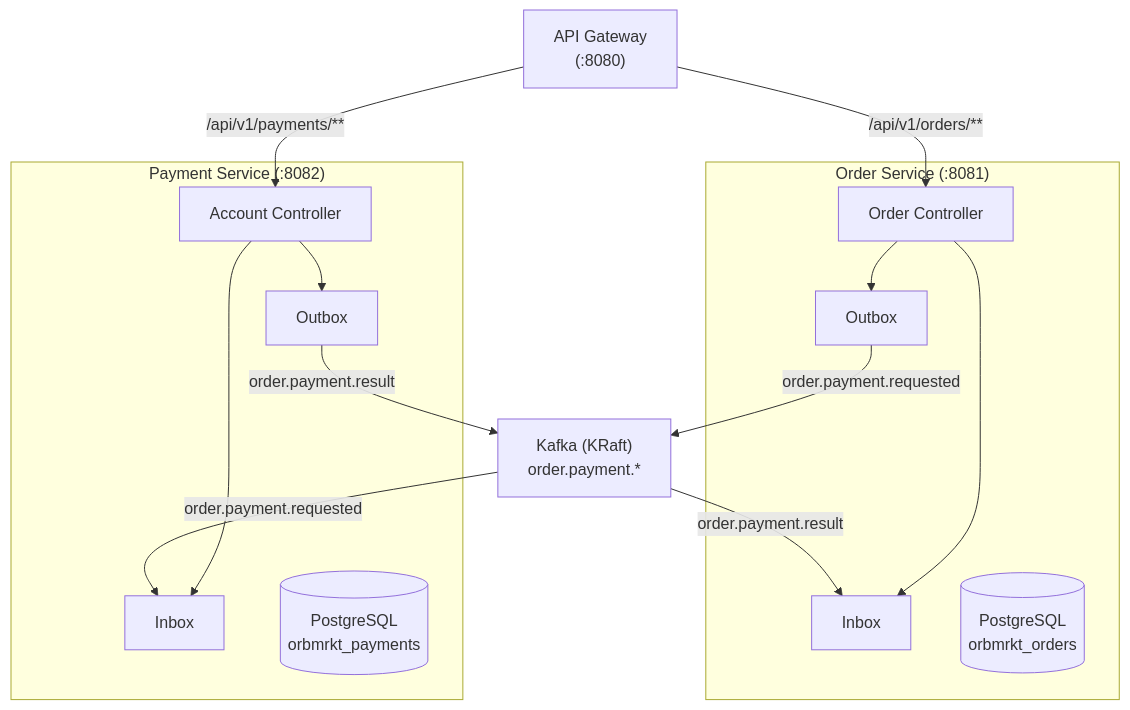
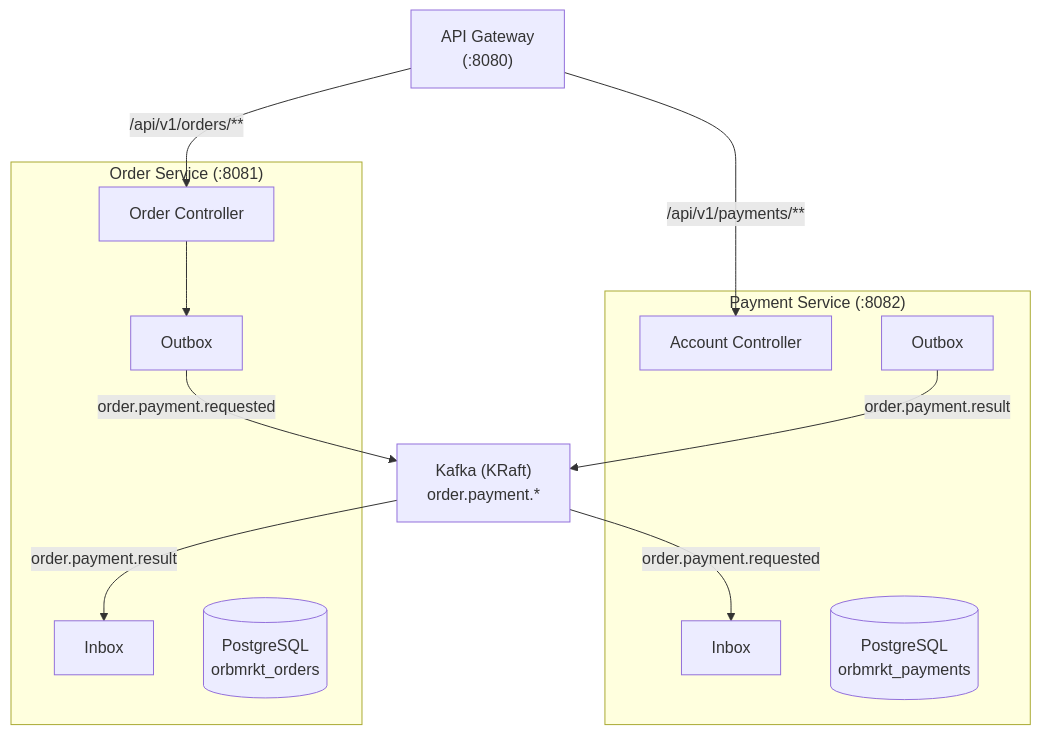
The diagram in README.md (RasmuS2024/orbmrkt), drawn with Mermaid before and after one commit. The commit also changed other lines of this file and 2 other files, not shown here.

Commit message:
Fixed errors on diagram in Readme, fixed CI config

````diff
--- a/README.md
+++ b/README.md
@@ -30,31 +32,28 @@
 ```mermaid
 graph TB
     GW["API Gateway<br/>(:8080)"]
 
     subgraph OS["Order Service (:8081)"]
         OCtrl["Order Controller"]
         OOutbox["Outbox"]
         OInbox["Inbox"]
         ODB[("PostgreSQL<br/>orbmrkt_orders")]
     end
 
     subgraph PS["Payment Service (:8082)"]
         PCtrl["Account Controller"]
         POutbox["Outbox"]
         PInbox["Inbox"]
         PDB[("PostgreSQL<br/>orbmrkt_payments")]
     end
 
     K["Kafka (KRaft)<br/>order.payment.*"]
 
     GW -->|"/api/v1/orders/**"| OCtrl
     GW -->|"/api/v1/payments/**"| PCtrl
     OOutbox -->|"order.payment.requested"| K
     K -->|"order.payment.requested"| PInbox
     POutbox -->|"order.payment.result"| K
     K -->|"order.payment.result"| OInbox
     OCtrl --> OOutbox
-    OCtrl --> OInbox
-    PCtrl --> POutbox
-    PCtrl --> PInbox
 ```
````
